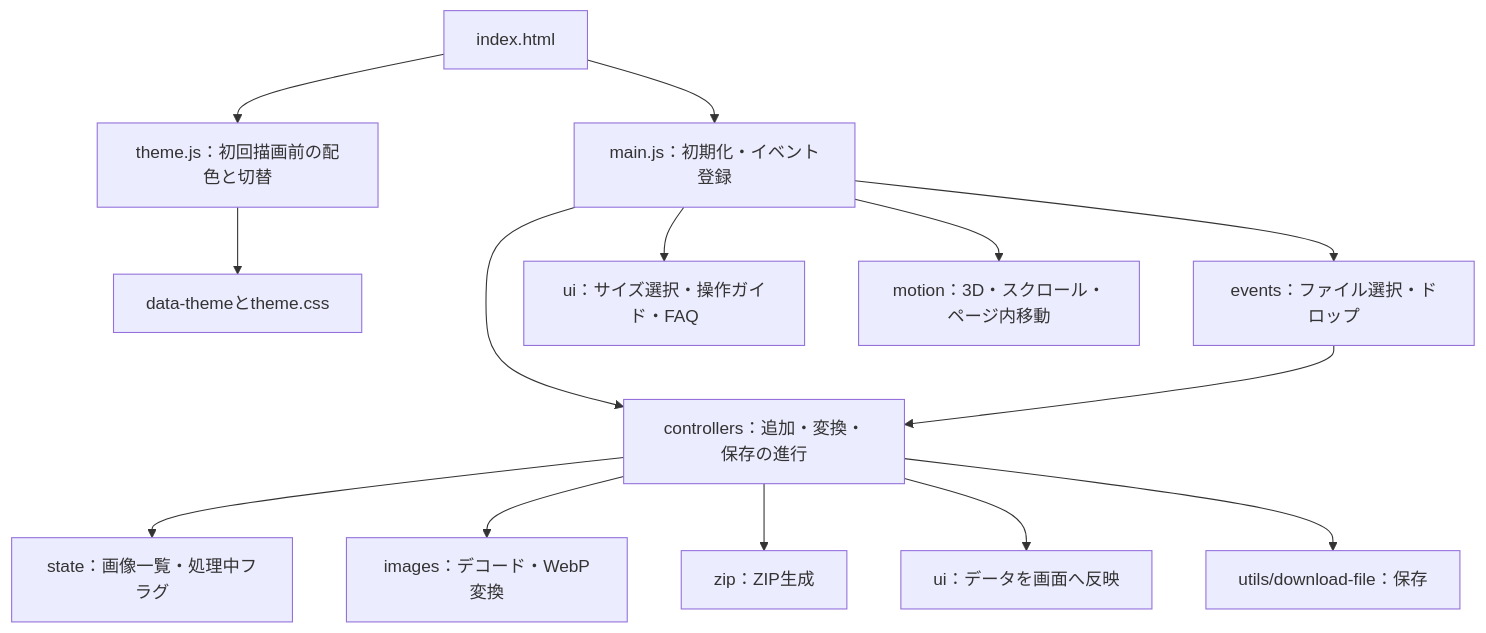
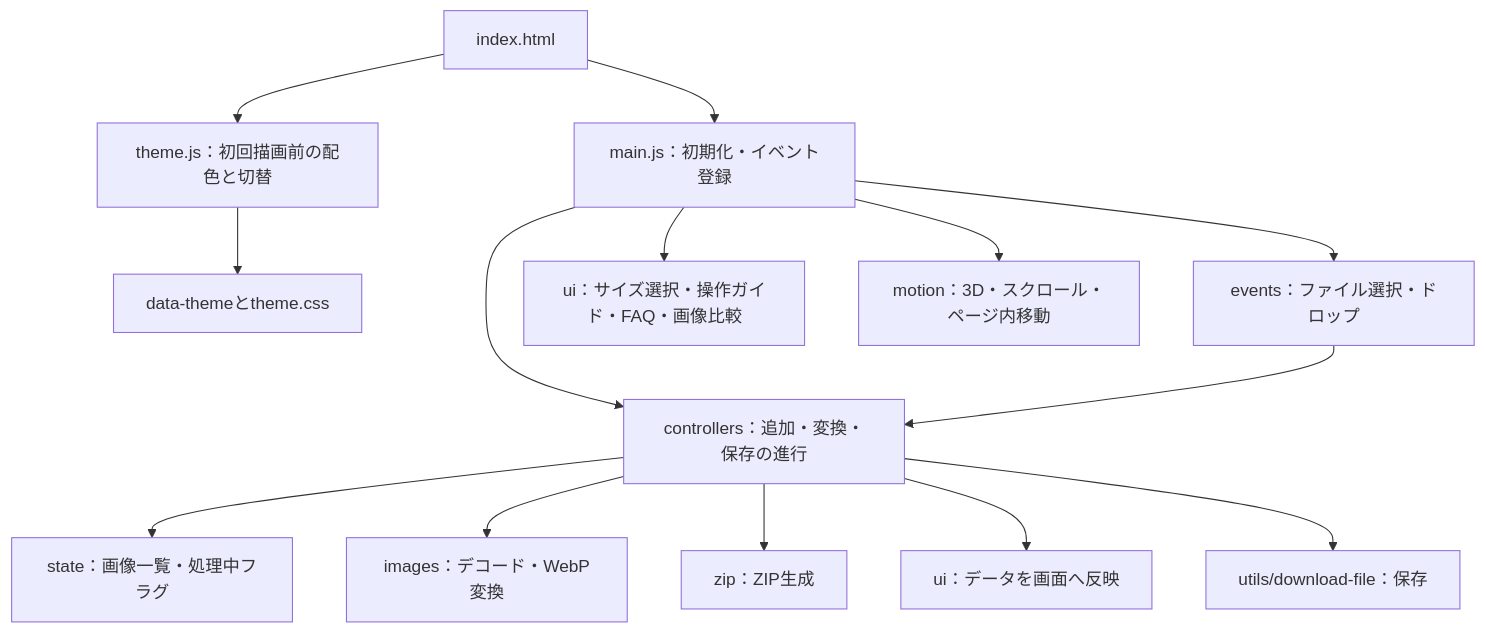
One commit to Syo-M/WebPImageConverter changed the first of 2 diagrams in README.md. Above: the diagram before and after it, drawn with Mermaid. The commit also changed other lines of this file and 12 other files, not shown here.

````diff
--- a/README.md
+++ b/README.md
@@ -146,16 +169,16 @@
 ```mermaid
 flowchart TD
   HTML["index.html"] --> Main["main.js：初期化・イベント登録"]
   HTML --> Theme["theme.js：初回描画前の配色と切替"]
   Theme --> ThemeCSS["data-themeとtheme.css"]
   Main --> Events["events：ファイル選択・ドロップ"]
-  Main --> Interactions["ui：サイズ選択・操作ガイド・FAQ"]
+  Main --> Interactions["ui：サイズ選択・操作ガイド・FAQ・画像比較"]
   Main --> Motion["motion：3D・スクロール・ページ内移動"]
   Main --> Controllers["controllers：追加・変換・保存の進行"]
   Events --> Controllers
   Controllers --> State["state：画像一覧・処理中フラグ"]
   Controllers --> Images["images：デコード・WebP変換"]
   Controllers --> Zip["zip：ZIP生成"]
   Controllers --> UI["ui：データを画面へ反映"]
   Controllers --> Download["utils/download-file：保存"]
 ```
````
